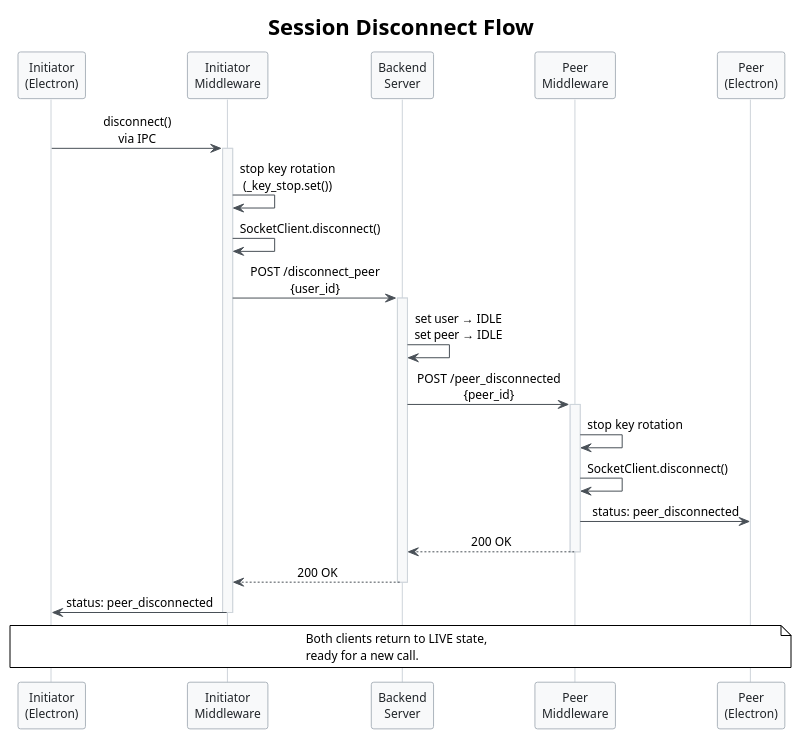
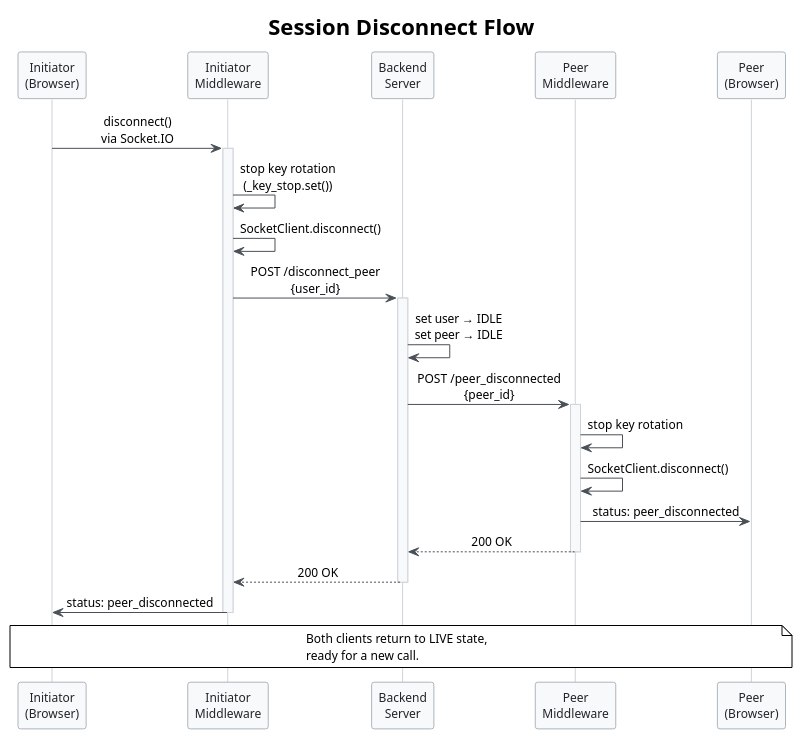
The diagram in docs/diagrams/session-disconnect.puml (Quantum-Interns-at-Qualcomm-Institiute/Quantum-Video-Chat), drawn with PlantUML before and after one commit. The commit also changed 63 other files, not shown here.

```diff
--- a/docs/diagrams/session-disconnect.puml
+++ b/docs/diagrams/session-disconnect.puml
@@ -1,62 +1,62 @@
 @startuml session-disconnect
 !theme plain
 skinparam backgroundColor transparent
 skinparam defaultFontName "Segoe UI, Helvetica, Arial, sans-serif"
 skinparam defaultFontSize 12
 skinparam shadowing false
 skinparam sequenceMessageAlign center
 skinparam responseMessageBelowArrow true
 
 skinparam participant {
     BackgroundColor #F8F9FA
     BorderColor #ADB5BD
     FontColor #212529
 }
 
 skinparam sequence {
     ArrowColor #495057
     LifeLineBorderColor #CED4DA
     LifeLineBackgroundColor #F8F9FA
     DividerBackgroundColor #E9ECEF
     GroupBackgroundColor #F8F9FA
 }
 
 title Session Disconnect Flow
 
-participant "Initiator\n(Electron)" as init
+participant "Initiator\n(Browser)" as init
 participant "Initiator\nMiddleware" as initmw
 participant "Backend\nServer" as server
 participant "Peer\nMiddleware" as peermw
-participant "Peer\n(Electron)" as peer
+participant "Peer\n(Browser)" as peer
 
-init -> initmw : disconnect()\nvia IPC
+init -> initmw : disconnect()\nvia Socket.IO
 activate initmw
 
 initmw -> initmw : stop key rotation\n(_key_stop.set())
 initmw -> initmw : SocketClient.disconnect()
 
 initmw -> server : POST /disconnect_peer\n{user_id}
 activate server
 
 server -> server : set user → IDLE\nset peer → IDLE
 
 server -> peermw : POST /peer_disconnected\n{peer_id}
 activate peermw
 peermw -> peermw : stop key rotation
 peermw -> peermw : SocketClient.disconnect()
 peermw -> peer : status: peer_disconnected
 peermw --> server : 200 OK
 deactivate peermw
 
 server --> initmw : 200 OK
 deactivate server
 
 initmw -> init : status: peer_disconnected
 deactivate initmw
 
 note over init, peer
   Both clients return to LIVE state,
   ready for a new call.
 end note
 
 @enduml
```
